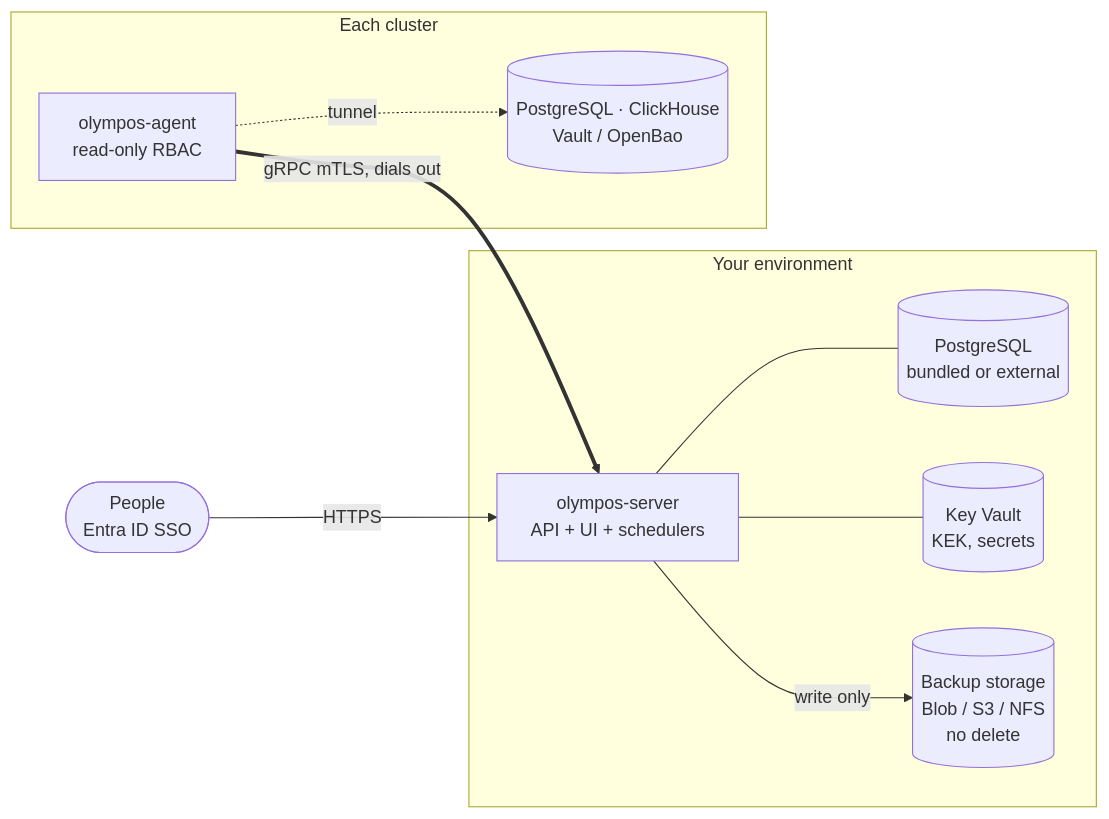
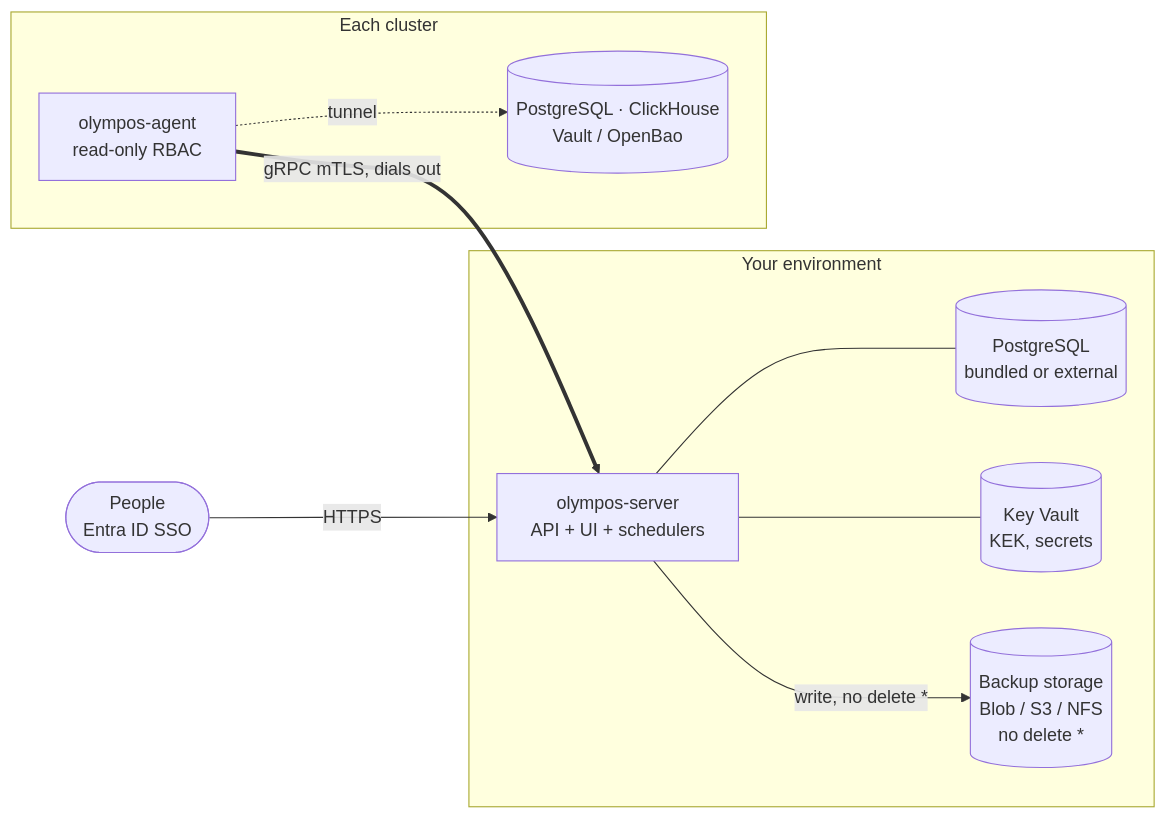
The diagram in README.md (Warewave-Technology/olympos), drawn with Mermaid before and after one commit. The commit also changed other lines of this file and 10 other files, not shown here.

````diff
--- a/README.md
+++ b/README.md
@@ -19,19 +22,19 @@
 ```mermaid
 flowchart LR
   user([People<br/>Entra ID SSO]) -->|HTTPS| server
   subgraph env [Your environment]
     server[olympos-server<br/>API + UI + schedulers]
     db[(PostgreSQL<br/>bundled or external)]
     kv[(Key Vault<br/>KEK, secrets)]
-    storage[(Backup storage<br/>Blob / S3 / NFS<br/>no delete)]
+    storage[(Backup storage<br/>Blob / S3 / NFS<br/>no delete *)]
     server --- db
     server --- kv
-    server -->|write only| storage
+    server -->|write, no delete *| storage
   end
   subgraph c1 [Each cluster]
     agent[olympos-agent<br/>read-only RBAC]
     targets[(PostgreSQL · ClickHouse<br/>Vault / OpenBao)]
     agent -. tunnel .-> targets
   end
   agent ==>|gRPC mTLS, dials out| server
 ```
````
